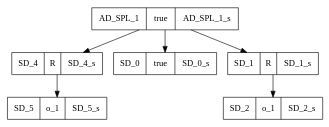
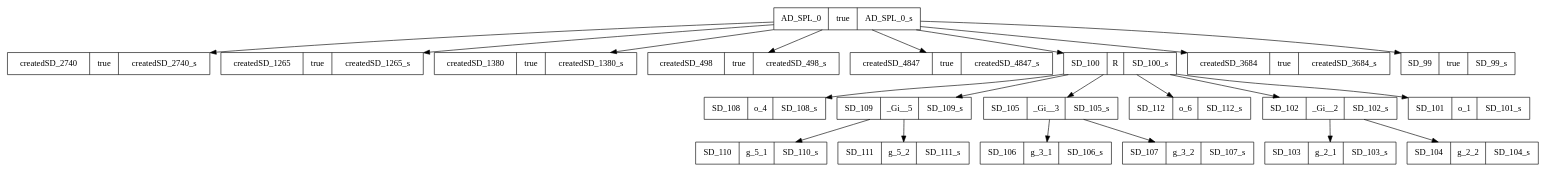
Before and after one commit to SPLMC/spl-generator: the diagram in src/results_joao/3/rdg_rdg.dot, drawn with Graphviz. The commit also changed 563 other files, not shown here.

```diff
--- a/src/results_joao/3/rdg_rdg.dot
+++ b/src/results_joao/3/rdg_rdg.dot
@@ -1,13 +1,43 @@
 digraph graphname {
-AD_SPL_1[shape=record, label="{{AD_SPL_1|true|AD_SPL_1_s}}"];
-SD_4[shape=record, label="{{SD_4|R|SD_4_s}}"];
-SD_5[shape=record, label="{{SD_5|o_1|SD_5_s}}"];
-SD_0[shape=record, label="{{SD_0|true|SD_0_s}}"];
-SD_1[shape=record, label="{{SD_1|R|SD_1_s}}"];
-SD_2[shape=record, label="{{SD_2|o_1|SD_2_s}}"];
-AD_SPL_1 -> SD_4;
-SD_4 -> SD_5;
-AD_SPL_1 -> SD_0;
-AD_SPL_1 -> SD_1;
-SD_1 -> SD_2;
+AD_SPL_0[shape=record, label="{{AD_SPL_0|true|AD_SPL_0_s}}"];
+createdSD_2740[shape=record, label="{{createdSD_2740|true|createdSD_2740_s}}"];
+createdSD_1265[shape=record, label="{{createdSD_1265|true|createdSD_1265_s}}"];
+createdSD_1380[shape=record, label="{{createdSD_1380|true|createdSD_1380_s}}"];
+createdSD_498[shape=record, label="{{createdSD_498|true|createdSD_498_s}}"];
+createdSD_4847[shape=record, label="{{createdSD_4847|true|createdSD_4847_s}}"];
+SD_100[shape=record, label="{{SD_100|R|SD_100_s}}"];
+SD_108[shape=record, label="{{SD_108|o_4|SD_108_s}}"];
+SD_109[shape=record, label="{{SD_109|_Gi__5|SD_109_s}}"];
+SD_110[shape=record, label="{{SD_110|g_5_1|SD_110_s}}"];
+SD_111[shape=record, label="{{SD_111|g_5_2|SD_111_s}}"];
+SD_105[shape=record, label="{{SD_105|_Gi__3|SD_105_s}}"];
+SD_106[shape=record, label="{{SD_106|g_3_1|SD_106_s}}"];
+SD_107[shape=record, label="{{SD_107|g_3_2|SD_107_s}}"];
+SD_112[shape=record, label="{{SD_112|o_6|SD_112_s}}"];
+SD_102[shape=record, label="{{SD_102|_Gi__2|SD_102_s}}"];
+SD_103[shape=record, label="{{SD_103|g_2_1|SD_103_s}}"];
+SD_104[shape=record, label="{{SD_104|g_2_2|SD_104_s}}"];
+SD_101[shape=record, label="{{SD_101|o_1|SD_101_s}}"];
+createdSD_3684[shape=record, label="{{createdSD_3684|true|createdSD_3684_s}}"];
+SD_99[shape=record, label="{{SD_99|true|SD_99_s}}"];
+AD_SPL_0 -> createdSD_2740;
+AD_SPL_0 -> createdSD_1265;
+AD_SPL_0 -> createdSD_1380;
+AD_SPL_0 -> createdSD_498;
+AD_SPL_0 -> createdSD_4847;
+AD_SPL_0 -> SD_100;
+SD_100 -> SD_108;
+SD_100 -> SD_109;
+SD_109 -> SD_110;
+SD_109 -> SD_111;
+SD_100 -> SD_105;
+SD_105 -> SD_106;
+SD_105 -> SD_107;
+SD_100 -> SD_112;
+SD_100 -> SD_102;
+SD_102 -> SD_103;
+SD_102 -> SD_104;
+SD_100 -> SD_101;
+AD_SPL_0 -> createdSD_3684;
+AD_SPL_0 -> SD_99;
 }
```
